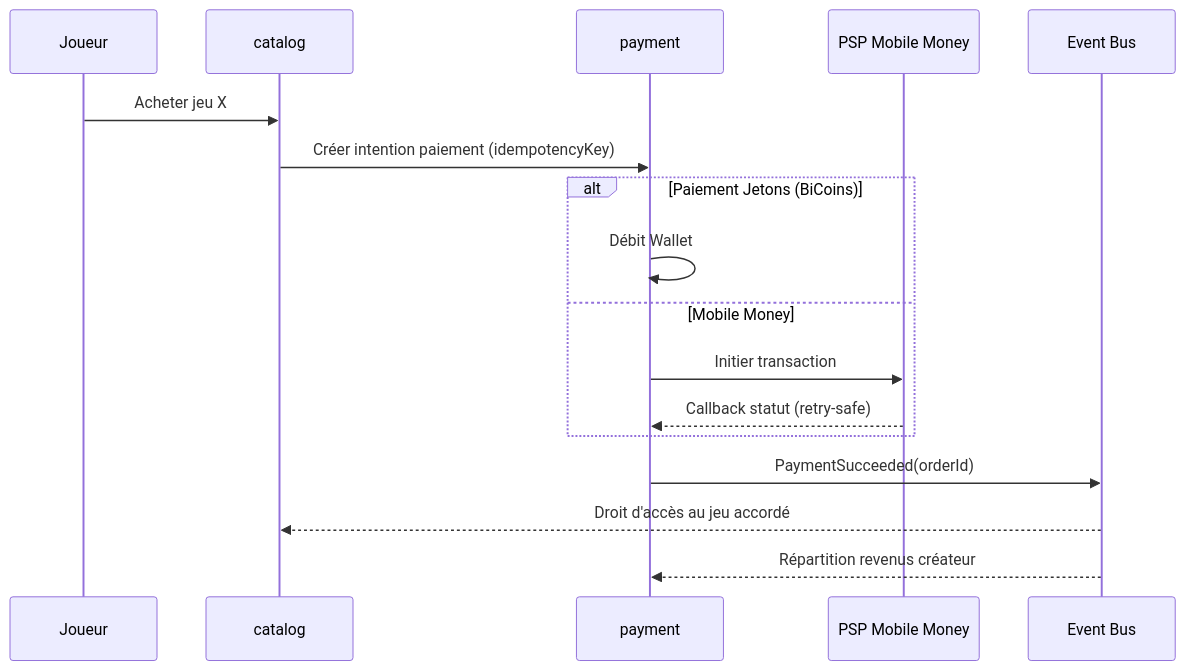
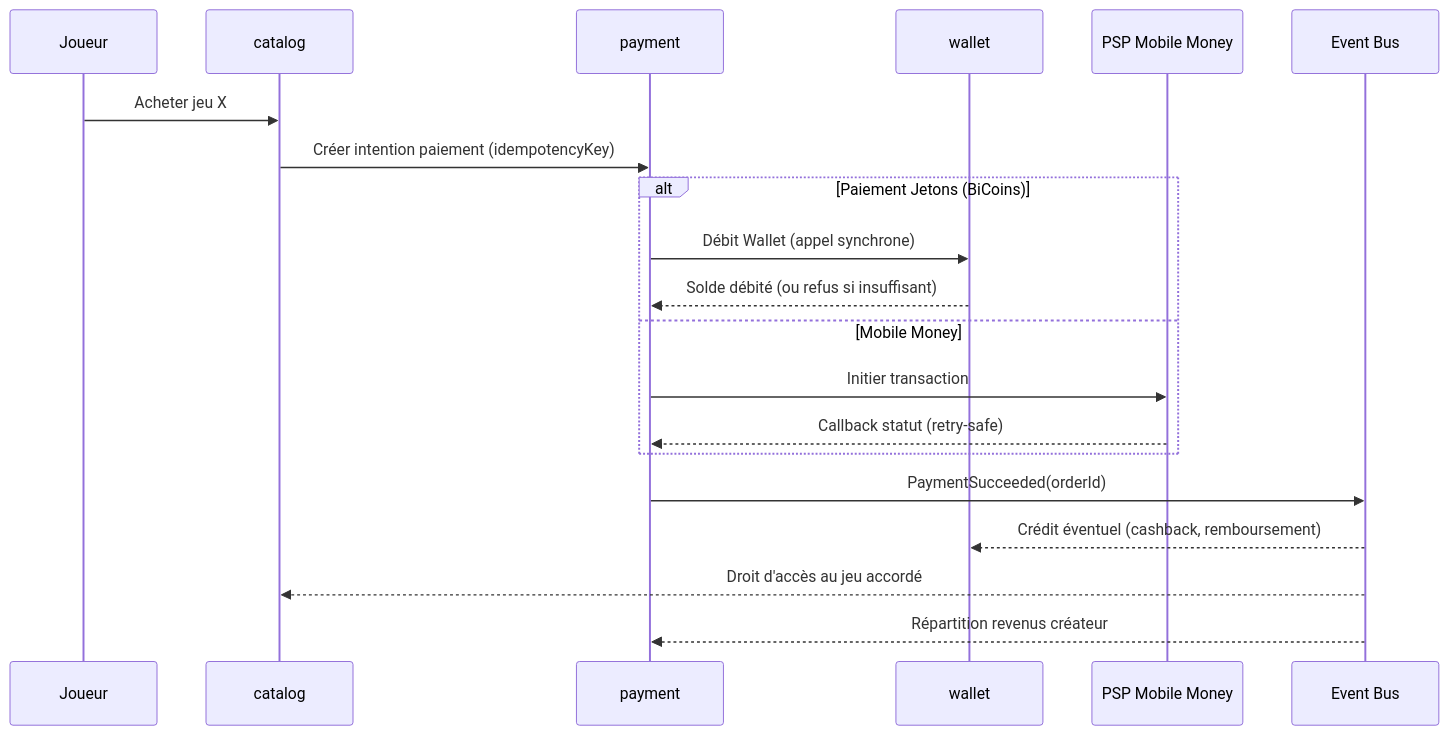
One commit to Studies-Holding/Bilia-gamer changed the fifth of 7 diagrams in docs/AFG-DT-001_architecture-globale.md. Above: the diagram before and after it, drawn with Mermaid. The commit also changed other lines of this file and 504 other files, not shown here.

````diff
--- a/docs/AFG-DT-001_architecture-globale.md
+++ b/docs/AFG-DT-001_architecture-globale.md
@@ -164,20 +168,23 @@
 ```mermaid
 sequenceDiagram
     participant J as Joueur
     participant CAT as catalog
     participant PAY as payment
+    participant WALLET as wallet
     participant MM as PSP Mobile Money
     participant BUS as Event Bus
 
     J->>CAT: Acheter jeu X
     CAT->>PAY: Créer intention paiement (idempotencyKey)
     alt Paiement Jetons (BiCoins)
-        PAY->>PAY: Débit Wallet
+        PAY->>WALLET: Débit Wallet (appel synchrone)
+        WALLET-->>PAY: Solde débité (ou refus si insuffisant)
     else Mobile Money
         PAY->>MM: Initier transaction
         MM-->>PAY: Callback statut (retry-safe)
     end
     PAY->>BUS: PaymentSucceeded(orderId)
+    BUS-->>WALLET: Crédit éventuel (cashback, remboursement)
     BUS-->>CAT: Droit d'accès au jeu accordé
     BUS-->>PAY: Répartition revenus créateur
 ```
````
